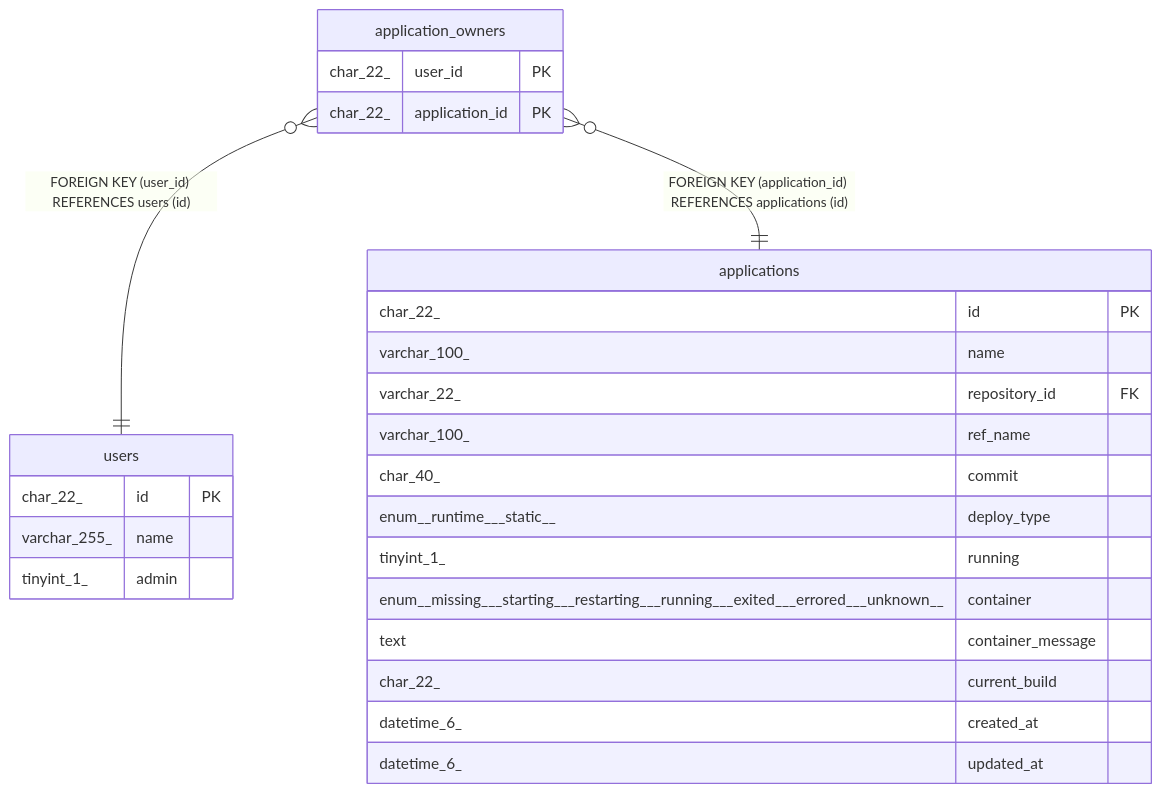
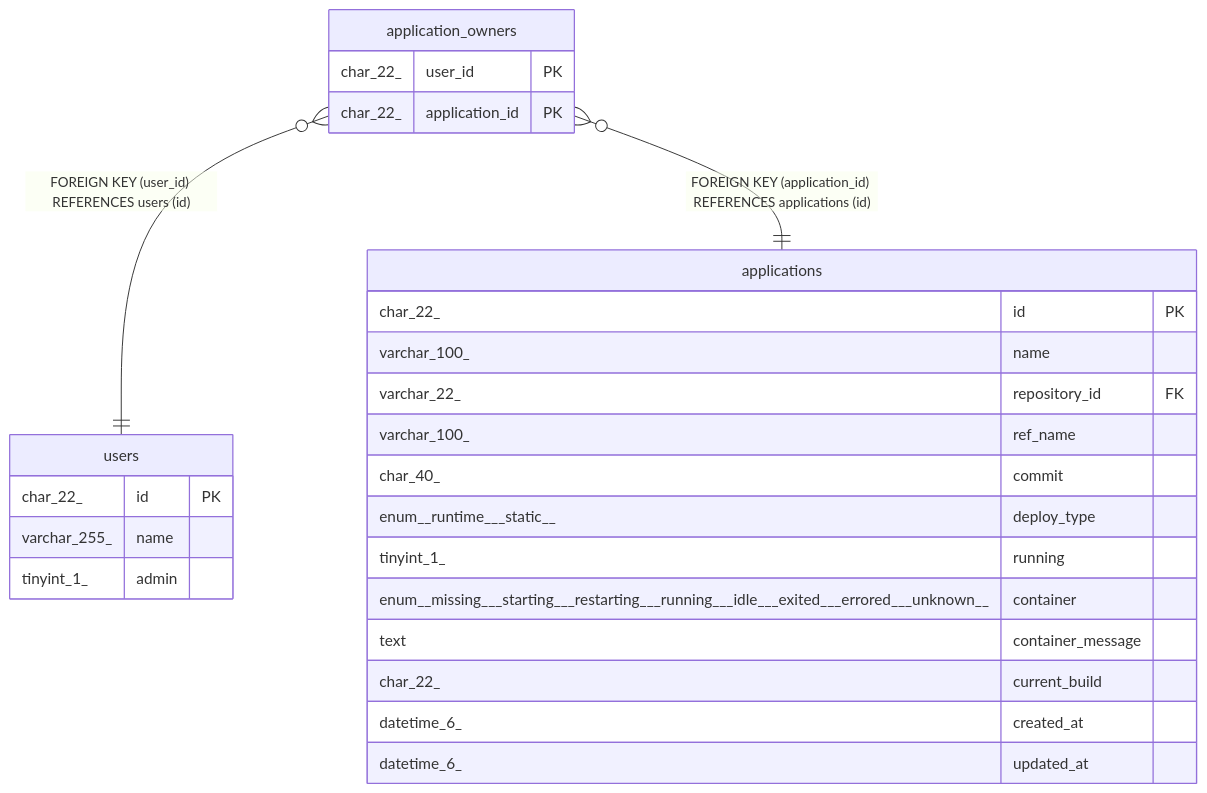
One commit to traPtitech/NeoShowcase changed the diagram in docs/dbschema/application_owners.md. Above: the diagram before and after it, drawn with Mermaid. The commit also changed 13 other files, not shown here.

Commit message:
feat: update db schema add - 'auto_shutdown' column to `application_config` table - new container status 'idle' to `application` table

````diff
--- a/docs/dbschema/application_owners.md
+++ b/docs/dbschema/application_owners.md
@@ -47,30 +47,30 @@
 ```mermaid
 erDiagram
 
 "application_owners" }o--|| "users" : "FOREIGN KEY (user_id) REFERENCES users (id)"
 "application_owners" }o--|| "applications" : "FOREIGN KEY (application_id) REFERENCES applications (id)"
 
 "application_owners" {
   char_22_ user_id PK
   char_22_ application_id PK
 }
 "users" {
   char_22_ id PK
   varchar_255_ name
   tinyint_1_ admin
 }
 "applications" {
   char_22_ id PK
   varchar_100_ name
   varchar_22_ repository_id FK
   varchar_100_ ref_name
   char_40_ commit
   enum__runtime___static__ deploy_type
   tinyint_1_ running
-  enum__missing___starting___restarting___running___exited___errored___unknown__ container
+  enum__missing___starting___restarting___running___idle___exited___errored___unknown__ container
   text container_message
   char_22_ current_build
   datetime_6_ created_at
   datetime_6_ updated_at
 }
 ```
````
